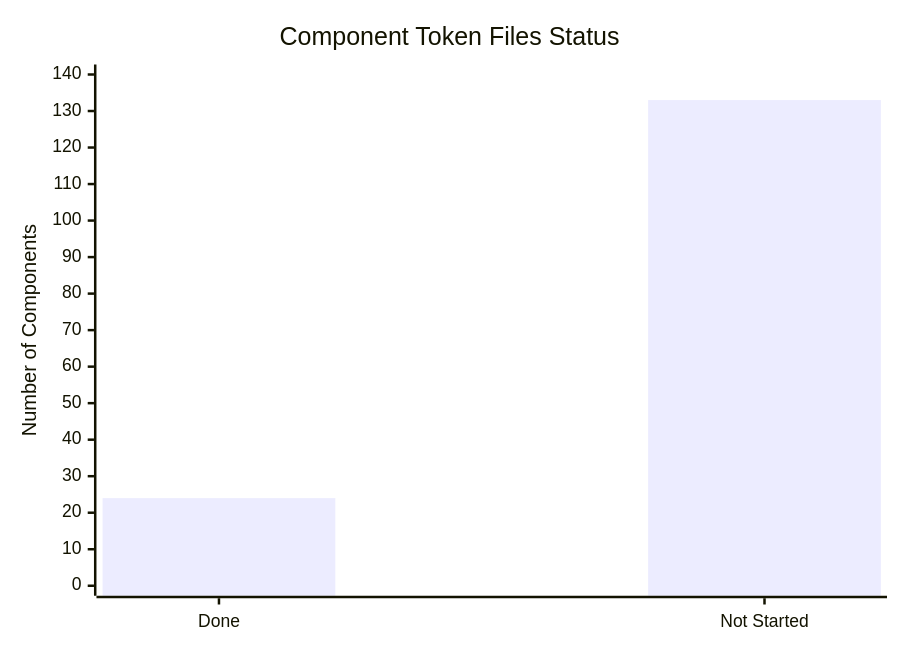
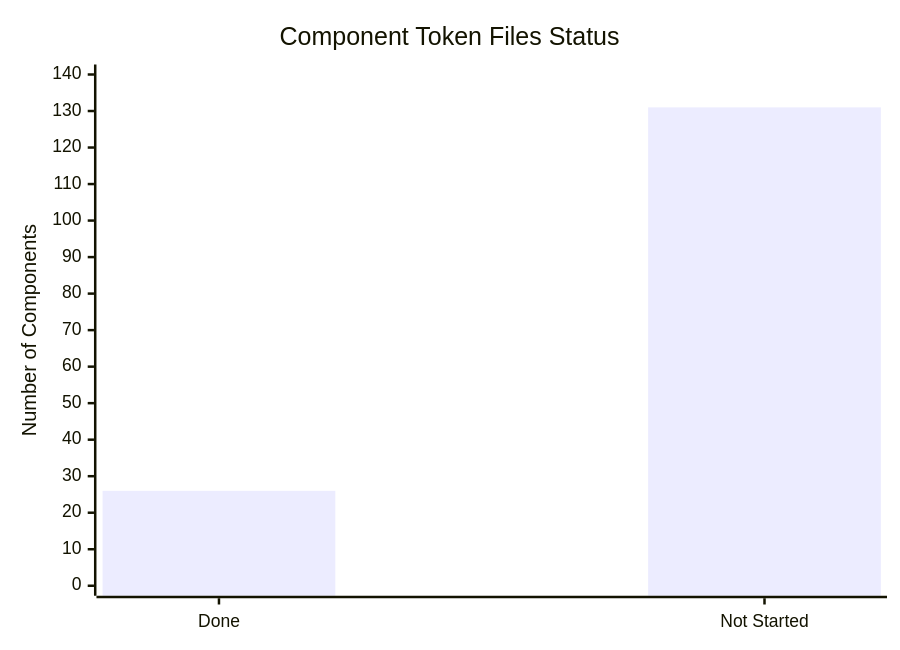
Before and after one commit to thisisashwinks/HighRise-Tokens: the second of 3 diagrams in PROJECT_STATUS_TRACKER.md, drawn with Mermaid. The commit also changed other lines of this file and 7 other files, not shown here.

````diff
--- a/PROJECT_STATUS_TRACKER.md
+++ b/PROJECT_STATUS_TRACKER.md
@@ -332,7 +334,7 @@
 ```mermaid
 xychart-beta
     title "Component Token Files Status"
     x-axis ["Done", "Not Started"]
     y-axis "Number of Components" 0 --> 140
-    bar [24, 133]
+    bar [26, 131]
 ```
````
